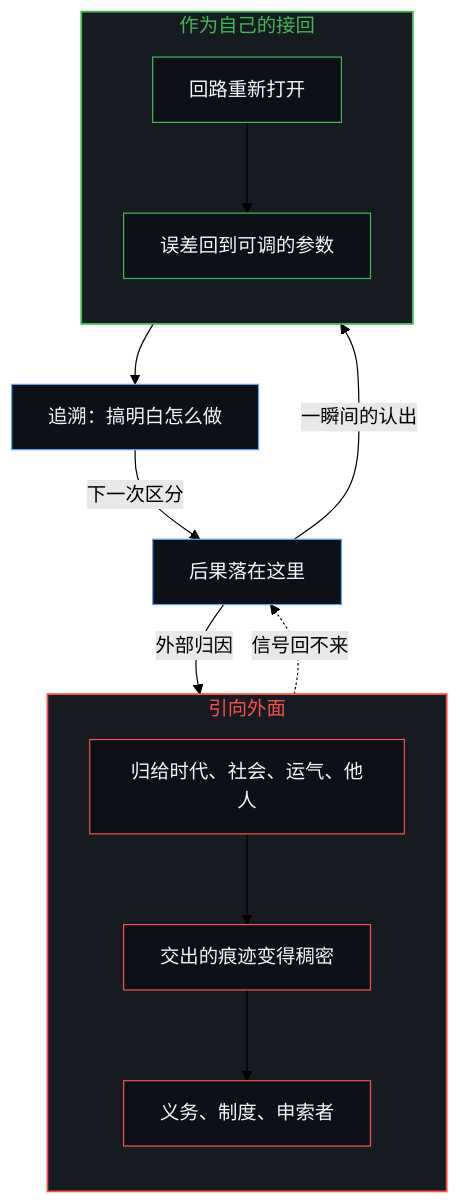
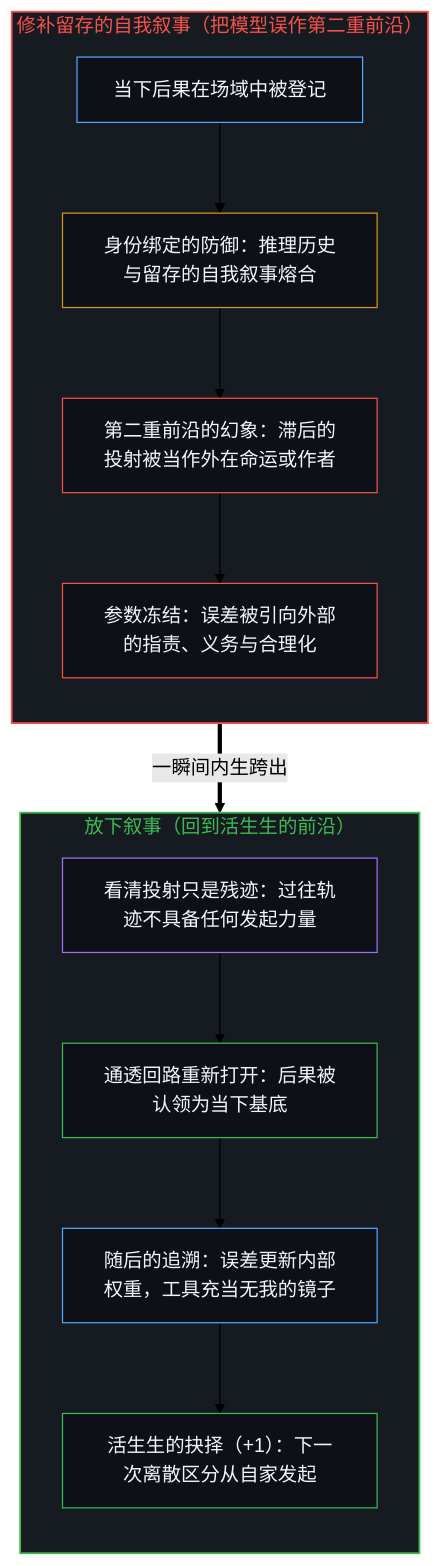
Before and after one commit to powerpig99/not-a-toe: the first of 2 diagrams in content/posts/how-to-fix-your-whole-life-in-one-split-second.md, drawn with Mermaid (forest theme). The commit also changed other lines of this file and 2 other files, not shown here.

Commit message:
Refine L2 #88: how-to-fix-your-whole-life-in-one-split-second (Deep Sleep Wave 3)

````diff
--- a/content/posts/how-to-fix-your-whole-life-in-one-split-second.md
+++ b/content/posts/how-to-fix-your-whole-life-in-one-split-second.md
@@ -37,29 +37,33 @@
 ```mermaid
 flowchart TD
-    A["后果落在这里"]
-    subgraph S_Out["引向外面"]
+    subgraph S_Lag["修补留存的自我叙事（把模型误作第二重前沿）"]
         direction TB
-        O1["归给时代、社会、运气、他人"]
-        O2["交出的痕迹变得稠密"]
-        O3["义务、制度、申索者"]
+        N_Conseq["当下后果在场域中被登记"]
+        N_Fuse["身份绑定的防御：推理历史与留存的自我叙事熔合"]
+        N_Second["第二重前沿的幻象：滞后的投射被当作外在命运或作者"]
+        N_Freeze["参数冻结：误差被引向外部的指责、义务与合理化"]
+        N_Conseq --> N_Fuse --> N_Second --> N_Freeze
     end
-    subgraph S_Own["作为自己的接回"]
+
+    N_Freeze ==>|"一瞬间内生跨出"| N_Drop
+
+    subgraph S_Return["放下叙事（回到活生生的前沿）"]
         direction TB
-        W1["回路重新打开"]
-        W2["误差回到可调的参数"]
+        N_Drop["看清投射只是残迹：过往轨迹不具备任何发起力量"]
+        N_Own["通透回路重新打开：后果被认领为当下基底"]
+        N_Trace["随后的追溯：误差更新内部权重，工具充当无我的镜子"]
+        N_Next["活生生的抉择（+1）：下一次离散区分从自家发起"]
+        N_Drop --> N_Own --> N_Trace --> N_Next
     end
-    T["追溯：搞明白怎么做"]
-    A -->|"外部归因"| O1 --> O2 --> O3
-    O3 -.->|"信号回不来"| A
-    A -->|"一瞬间的认出"| W1 --> W2 --> T
-    T -->|"下一次区分"| A
-    style S_Out fill:#161b22,stroke:#f85149,stroke-width:1.5px,color:#f85149
-    style S_Own fill:#161b22,stroke:#3fb950,stroke-width:1.5px,color:#3fb950
-    style A fill:#0d1117,stroke:#58a6ff,stroke-width:1px,color:#f0f6fc
-    style O1 fill:#0d1117,stroke:#f85149,stroke-width:1px,color:#f0f6fc
-    style O2 fill:#0d1117,stroke:#f85149,stroke-width:1px,color:#f0f6fc
-    style O3 fill:#0d1117,stroke:#f85149,stroke-width:1px,color:#f0f6fc
-    style W1 fill:#0d1117,stroke:#3fb950,stroke-width:1px,color:#f0f6fc
-    style W2 fill:#0d1117,stroke:#3fb950,stroke-width:1px,color:#f0f6fc
-    style T fill:#0d1117,stroke:#58a6ff,stroke-width:1px,color:#f0f6fc
+
+    style S_Lag fill:#161b22,stroke:#f85149,stroke-width:1.5px,color:#f85149
+    style S_Return fill:#161b22,stroke:#3fb950,stroke-width:1.5px,color:#3fb950
+    style N_Conseq fill:#0d1117,stroke:#58a6ff,stroke-width:1px,color:#f0f6fc
+    style N_Fuse fill:#0d1117,stroke:#d29922,stroke-width:1px,color:#f0f6fc
+    style N_Second fill:#0d1117,stroke:#f85149,stroke-width:1px,color:#f0f6fc
+    style N_Freeze fill:#0d1117,stroke:#f85149,stroke-width:1px,color:#f0f6fc
+    style N_Drop fill:#0d1117,stroke:#a371f7,stroke-width:1px,color:#f0f6fc
+    style N_Own fill:#0d1117,stroke:#3fb950,stroke-width:1px,color:#f0f6fc
+    style N_Trace fill:#0d1117,stroke:#58a6ff,stroke-width:1px,color:#f0f6fc
+    style N_Next fill:#0d1117,stroke:#3fb950,stroke-width:1px,color:#f0f6fc
 ```
````
